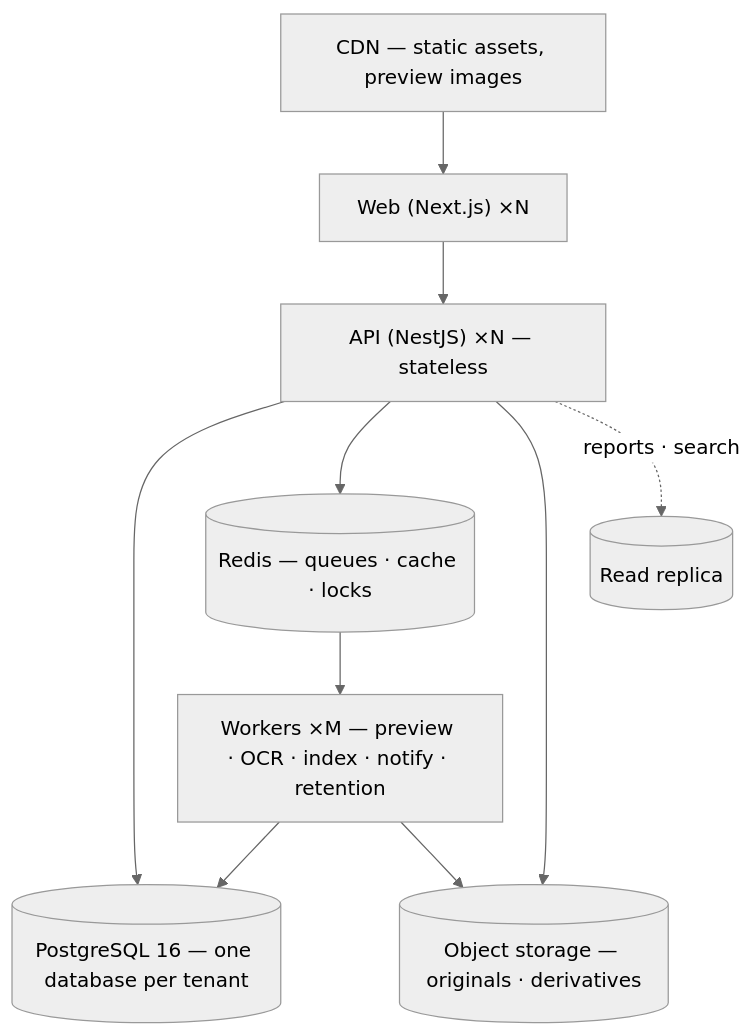
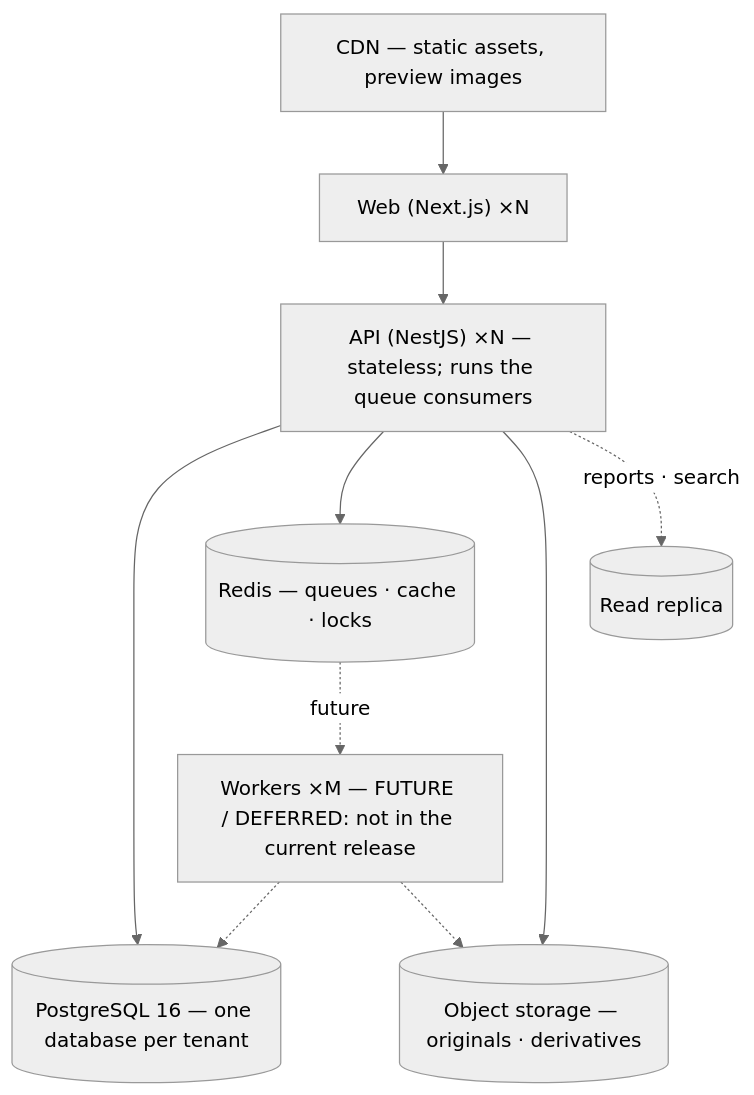
Before and after one commit to munaxa/munaxa-docs: the first of 3 diagrams in docs/architecture/20-deployment-architecture.md, drawn with Mermaid (neutral theme). The commit also changed other lines of this file and 7 other files, not shown here.

````diff
--- a/docs/architecture/20-deployment-architecture.md
+++ b/docs/architecture/20-deployment-architecture.md
@@ -21,21 +21,21 @@
 ```mermaid
 graph TB
     CDN[CDN — static assets, preview images]
     WEB["Web (Next.js) ×N"]
-    API["API (NestJS) ×N — stateless"]
-    WRK["Workers ×M — preview · OCR · index · notify · retention"]
+    API["API (NestJS) ×N — stateless; runs the queue consumers"]
+    WRK["Workers ×M — FUTURE / DEFERRED: not in the current release"]
     PG[("PostgreSQL 16 — one database per tenant")]
     RR[("Read replica")]
     RED[("Redis — queues · cache · locks")]
     OBJ[("Object storage — originals · derivatives")]
 
     CDN --> WEB
     WEB --> API
     API --> PG
     API --> RED
     API --> OBJ
     API -.reports · search.-> RR
-    RED --> WRK
-    WRK --> PG
-    WRK --> OBJ
+    RED -.future.-> WRK
+    WRK -.-> PG
+    WRK -.-> OBJ
 ```
````
